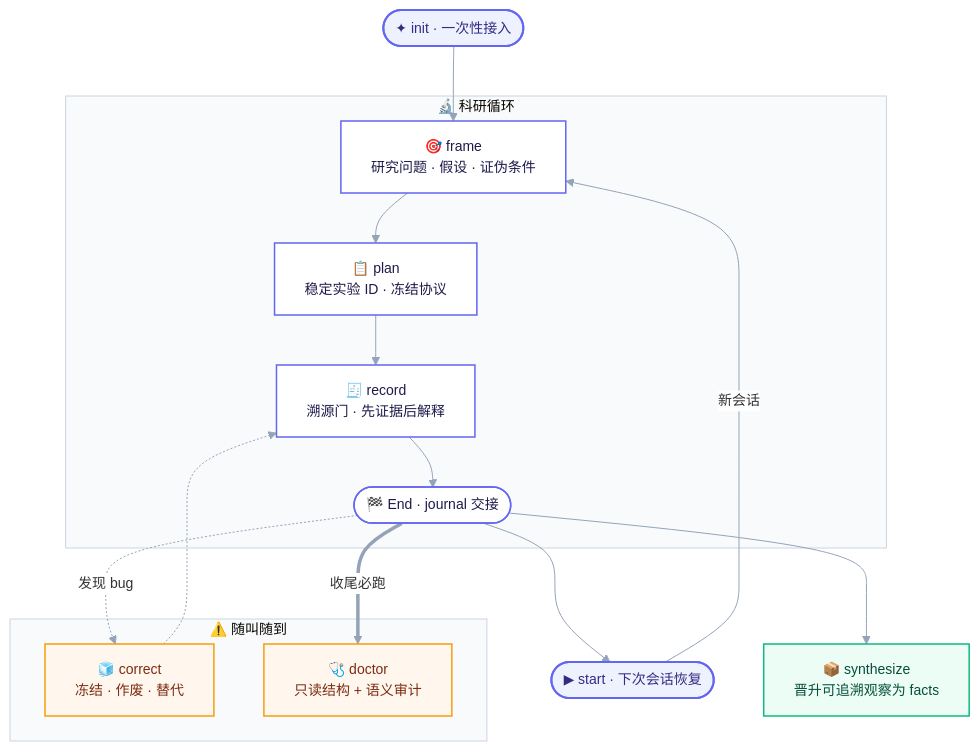
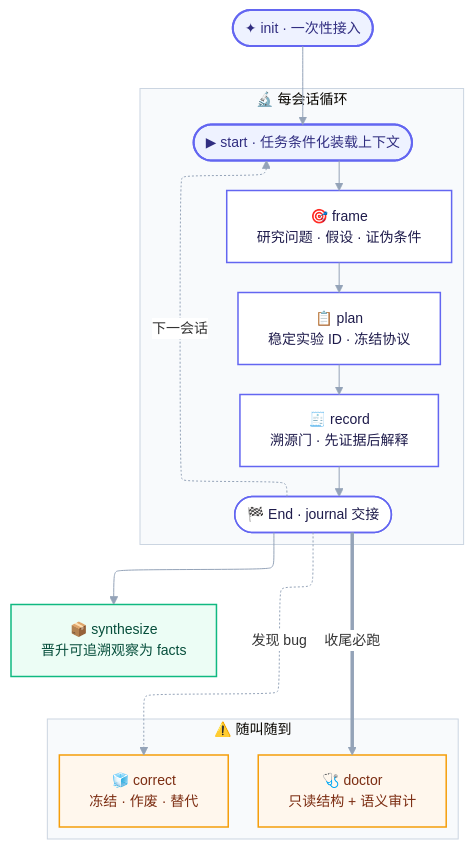
One commit to poiuyjie/jev_project_context changed the first of 2 diagrams in README.zh-CN.md. Above: the diagram before and after it, drawn with Mermaid. The commit also changed other lines of this file and 1 other file, not shown here.

Commit message:
Fix crooked edges: switch to ELK orthogonal renderer, move start into the session loop, drop cross-cluster back edges

````diff
--- a/README.zh-CN.md
+++ b/README.zh-CN.md
@@ -11,32 +11,31 @@
 ```mermaid
 flowchart TB
-    %%{init: {"theme":"base","themeVariables":{"fontFamily":"Inter, ui-sans-serif, system-ui, sans-serif","fontSize":"14px","clusterBkg":"#F8FAFC","clusterBorder":"#CBD5E1","lineColor":"#94A3B8","edgeLabelBackground":"#FFFFFF"}}}%%
-    init(["✦ init · 一次性接入"]):::seed --> frame
+    %%{init: {"flowchart":{"defaultRenderer":"elk"},"theme":"base","themeVariables":{"fontFamily":"Inter, ui-sans-serif, system-ui, sans-serif","fontSize":"14px","clusterBkg":"#F8FAFC","clusterBorder":"#CBD5E1","lineColor":"#94A3B8","edgeLabelBackground":"#FFFFFF"}}}%%
 
-    subgraph loop["🔬 科研循环"]
+    init(["✦ init · 一次性接入"]):::seed --> startS
+
+    subgraph loop["🔬 每会话循环"]
+        startS(["▶ start · 任务条件化装载上下文"]):::seed
         frame["🎯 frame<br/>研究问题 · 假设 · 证伪条件"]:::op
         plan["📋 plan<br/>稳定实验 ID · 冻结协议"]:::op
         record["🧾 record<br/>溯源门 · 先证据后解释"]:::op
         endS(["🏁 End · journal 交接"]):::op
-        frame --> plan --> record --> endS
+        startS --> frame --> plan --> record --> endS
+        endS -. 下一会话 .-> startS
     end
 
-    startS(["▶ start · 下次会话恢复"]):::seed
-    endS --> startS
-    startS -->|新会话| frame
     endS --> syn["📦 synthesize<br/>晋升可追溯观察为 facts"]:::read
 
     subgraph guards["⚠️ 随叫随到"]
         correct["🧊 correct<br/>冻结 · 作废 · 替代"]:::gate
         doctor["🩺 doctor<br/>只读结构 + 语义审计"]:::gate
     end
 
     endS -. 发现 bug .-> correct
-    correct -.-> record
     endS == 收尾必跑 ==> doctor
 
     classDef seed fill:#EEF2FF,stroke:#6366F1,stroke-width:2px,color:#312E81;
     classDef op fill:#FFFFFF,stroke:#6366F1,stroke-width:1.5px,color:#1E1B4B;
     classDef read fill:#ECFDF5,stroke:#10B981,stroke-width:1.5px,color:#064E3B;
     classDef gate fill:#FFF7ED,stroke:#F59E0B,stroke-width:1.5px,color:#7C2D12;
 ```
````
